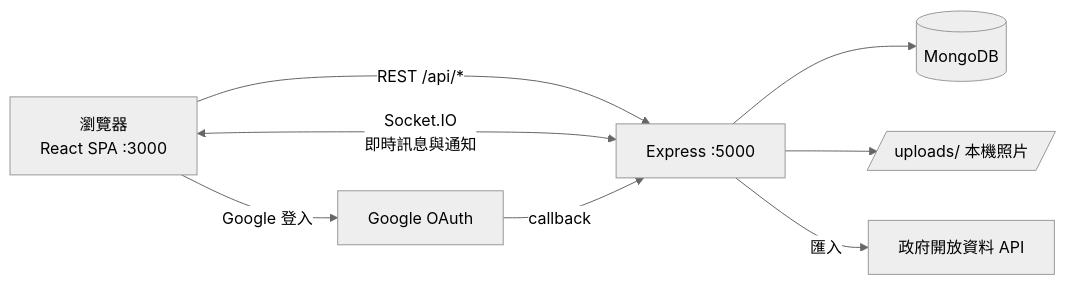
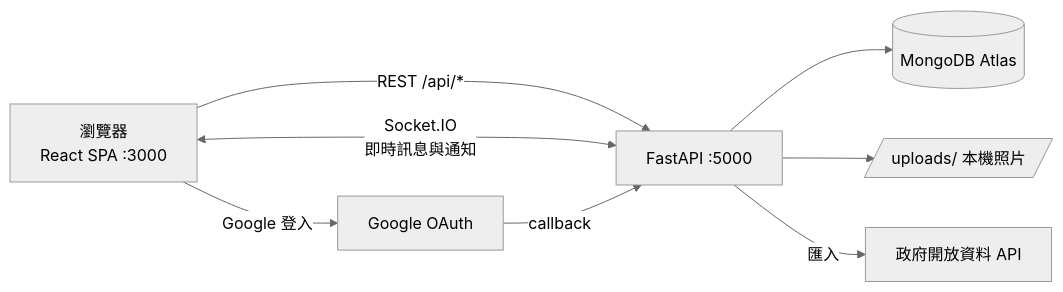
The first of 3 diagrams in docs/architecture/現況架構.md (Shandi00/pet-haven), drawn with Mermaid (neutral theme) before and after one commit. The commit also changed other lines of this file and 14 other files, not shown here.

First line of the commit message:
docs: 文件、架構圖與啟動腳本改為 FastAPI 後端

````diff
--- a/docs/architecture/現況架構.md
+++ b/docs/architecture/現況架構.md
@@ -43,10 +43,10 @@
 ```mermaid
 flowchart LR
-  B[瀏覽器<br/>React SPA :3000] -- REST /api/* --> S[Express :5000]
+  B[瀏覽器<br/>React SPA :3000] -- REST /api/* --> S[FastAPI :5000]
   B <-- Socket.IO<br/>即時訊息與通知 --> S
-  S --> M[(MongoDB)]
+  S --> M[(MongoDB Atlas)]
   S --> U[/uploads/ 本機照片/]
   S -- 匯入 --> G[政府開放資料 API]
   B -- Google 登入 --> O[Google OAuth]
   O -- callback --> S
 ```
````
